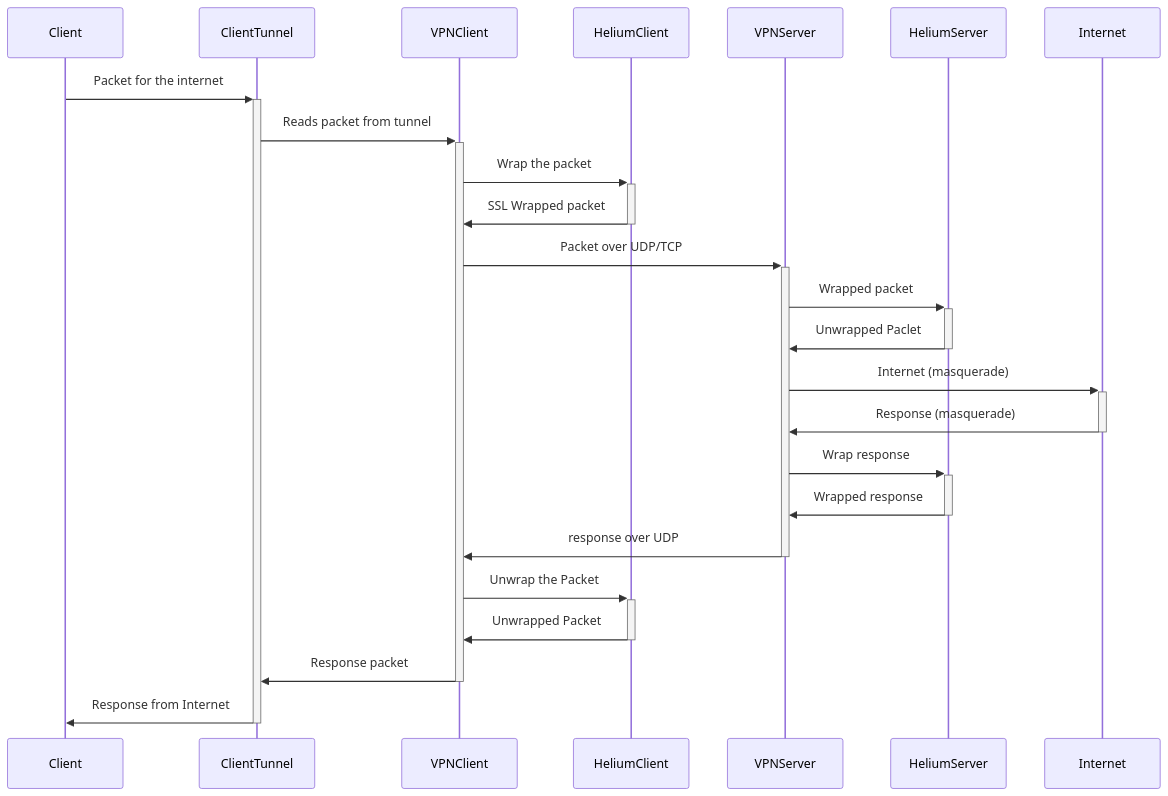
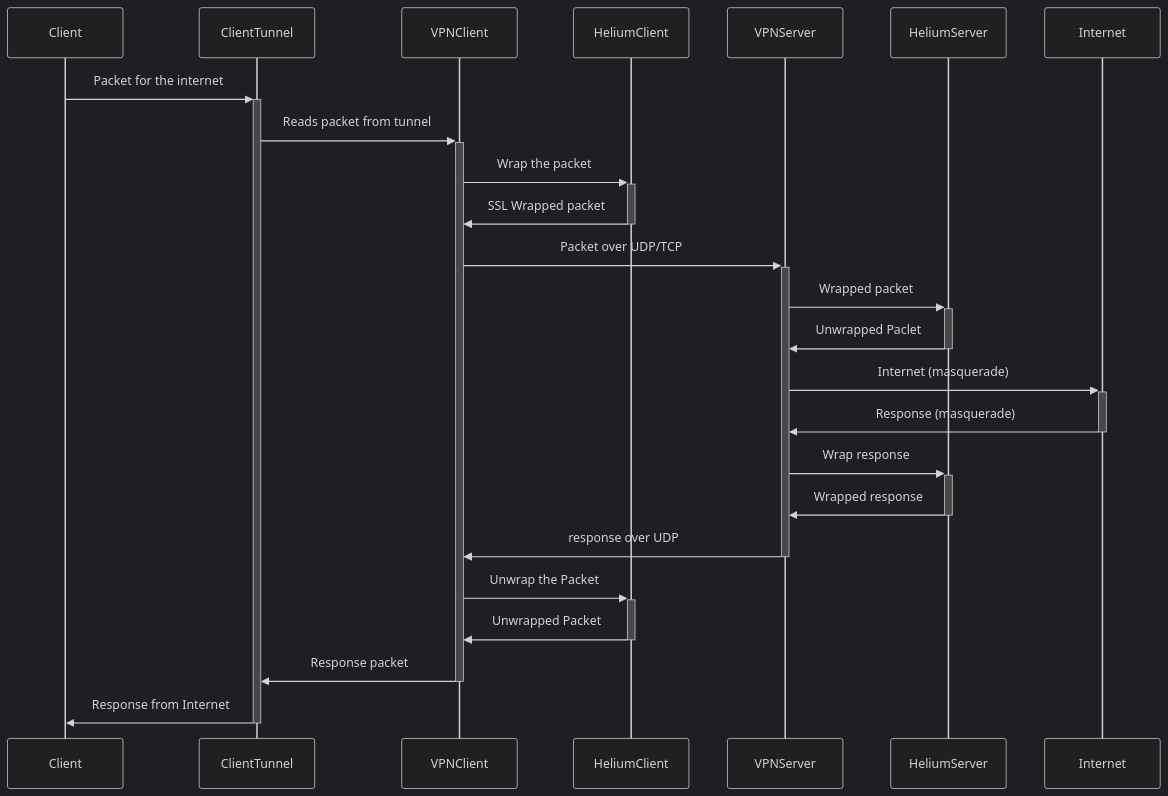
Before and after one commit to sheharyaar/lagnos-vpn: the diagram in README.md, drawn with Mermaid. The commit also changed other lines of this file, not shown here.

Commit message:
add dark theme

````diff
--- a/README.md
+++ b/README.md
@@ -26,19 +26,20 @@
 ```mermaid
+%%{init: {'theme': 'dark'}}%%
 sequenceDiagram
     Client->>+ClientTunnel: Packet for the internet
     ClientTunnel->>+VPNClient: Reads packet from tunnel
     VPNClient->>+HeliumClient: Wrap the packet
     HeliumClient->>-VPNClient: SSL Wrapped packet
     VPNClient->>+VPNServer: Packet over UDP/TCP
     VPNServer->>+HeliumServer: Wrapped packet
     HeliumServer->>-VPNServer: Unwrapped Paclet
     VPNServer->>+Internet: Internet (masquerade)
     Internet->>-VPNServer: Response (masquerade)
     VPNServer->>+HeliumServer: Wrap response
     HeliumServer->>-VPNServer: Wrapped response
     VPNServer->>-VPNClient: response over UDP
     VPNClient->>+HeliumClient: Unwrap the Packet
     HeliumClient->>-VPNClient: Unwrapped Packet
     VPNClient->>-ClientTunnel: Response packet
     ClientTunnel->>-Client: Response from Internet
 ```
````
